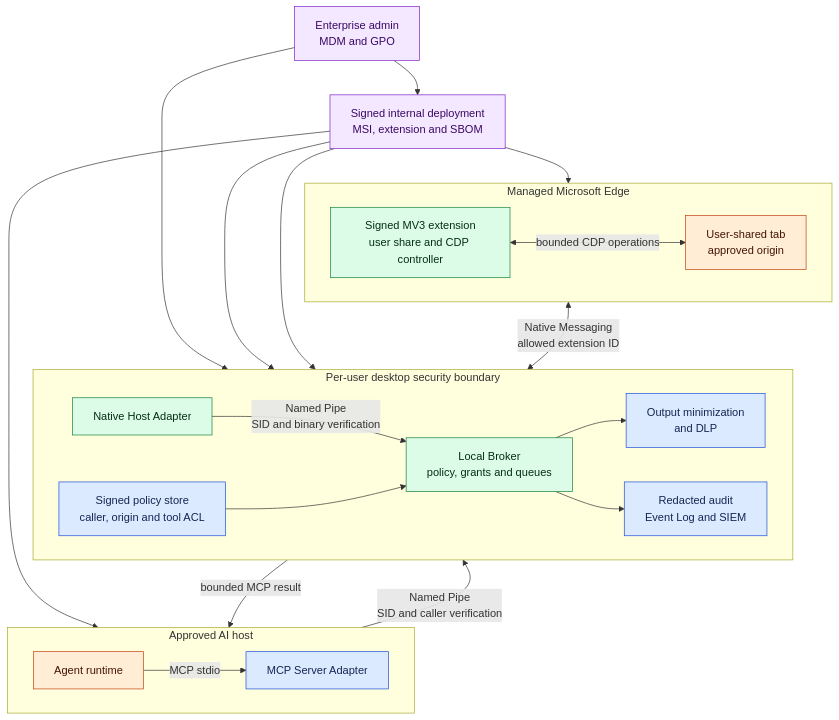
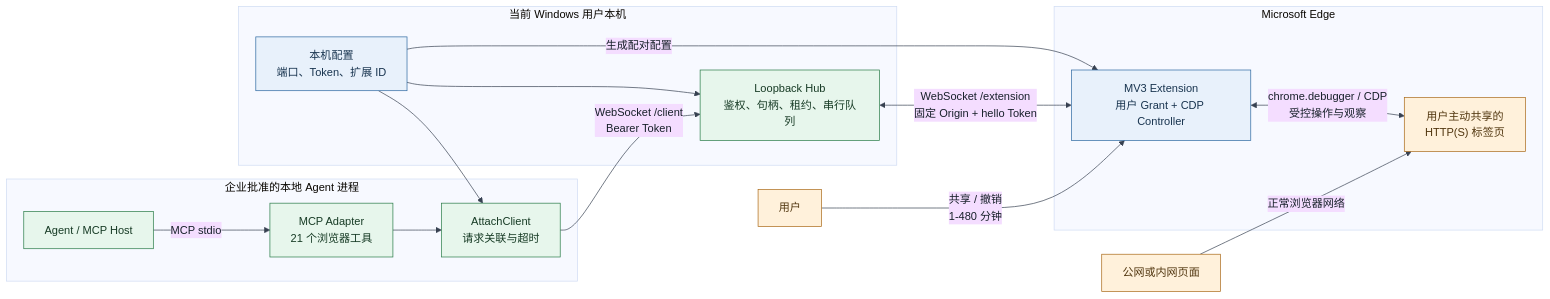
The diagram in diagrams/enterprise-browser-mcp-architecture.mmd (James12345611/edge_MCP4agent), drawn with Mermaid before and after one commit. The commit also changed 67 other files, not shown here.

Commit message:
Add interactive browser control over loopback hub

```diff
--- a/diagrams/enterprise-browser-mcp-architecture.mmd
+++ b/diagrams/enterprise-browser-mcp-architecture.mmd
@@ -1,41 +1,35 @@
-flowchart TB
-  ADMIN["Enterprise admin<br/>MDM and GPO"] --> POLICY["Signed policy store<br/>caller, origin and tool ACL"]
-  ADMIN --> DEPLOY["Signed internal deployment<br/>MSI, extension and SBOM"]
-
-  subgraph Host["Approved AI host"]
-    direction LR
-    AGENT["Agent runtime"] -->|"MCP stdio"| MCP["MCP Server Adapter"]
+%%{init: {"theme": "base", "themeVariables": {"background": "#ffffff", "primaryTextColor": "#17202a", "lineColor": "#374151"}}}%%
+flowchart LR
+  subgraph AgentHost["企业批准的本地 Agent 进程"]
+    AGENT["Agent / MCP Host"]
+    MCP["MCP Adapter<br/>21 个浏览器工具"]
+    CLIENT["AttachClient<br/>请求关联与超时"]
+    AGENT -->|"MCP stdio"| MCP
+    MCP --> CLIENT
   end
 
-  subgraph Desktop["Per-user desktop security boundary"]
-    direction LR
-    MCP -->|"Named Pipe<br/>SID and caller verification"| BROKER["Local Broker<br/>policy, grants and queues"]
-    NATIVE["Native Host Adapter"] -->|"Named Pipe<br/>SID and binary verification"| BROKER
-    POLICY --> BROKER
-    BROKER --> DLP["Output minimization<br/>and DLP"]
-    BROKER --> AUDIT["Redacted audit<br/>Event Log and SIEM"]
+  subgraph Local["当前 Windows 用户本机"]
+    CONFIG["本机配置<br/>端口、Token、扩展 ID"]
+    HUB["Loopback Hub<br/>鉴权、句柄、租约、串行队列"]
+    CLIENT -->|"WebSocket /client<br/>Bearer Token"| HUB
+    CONFIG --> CLIENT
+    CONFIG --> HUB
   end
 
-  subgraph Edge["Managed Microsoft Edge"]
-    direction LR
-    EXT["Signed MV3 extension<br/>user share and CDP controller"]
-    TAB["User-shared tab<br/>approved origin"]
-    EXT <-->|"bounded CDP operations"| TAB
+  subgraph Edge["Microsoft Edge"]
+    EXT["MV3 Extension<br/>用户 Grant + CDP Controller"]
+    TAB["用户主动共享的<br/>HTTP(S) 标签页"]
+    EXT <-->|"chrome.debugger / CDP<br/>受控操作与观察"| TAB
   end
 
-  EXT <-->|"Native Messaging<br/>allowed extension ID"| NATIVE
-  DEPLOY --> MCP
-  DEPLOY --> BROKER
-  DEPLOY --> NATIVE
-  DEPLOY --> EXT
-  DLP -->|"bounded MCP result"| MCP
+  CONFIG -->|"生成配对配置"| EXT
+  HUB <-->|"WebSocket /extension<br/>固定 Origin + hello Token"| EXT
+  USER["用户"] -->|"共享 / 撤销<br/>1-480 分钟"| EXT
+  PAGE["公网或内网页面"] -->|"正常浏览器网络"| TAB
 
-  classDef trust fill:#dcfce7,stroke:#15803d,color:#052e16
-  classDef control fill:#dbeafe,stroke:#1d4ed8,color:#172554
-  classDef user fill:#ffedd5,stroke:#c2410c,color:#431407
-  classDef admin fill:#f3e8ff,stroke:#7e22ce,color:#3b0764
-
-  class BROKER,NATIVE,EXT trust
-  class MCP,POLICY,DLP,AUDIT control
-  class TAB,AGENT user
-  class ADMIN,DEPLOY admin
+  classDef trusted fill:#e7f6ec,stroke:#267a45,color:#173b25
+  classDef transport fill:#e8f1fb,stroke:#2b67a0,color:#18344f
+  classDef user fill:#fff1db,stroke:#a96816,color:#51360f
+  class AGENT,MCP,CLIENT,HUB trusted
+  class CONFIG,EXT transport
+  class USER,TAB,PAGE user
```
